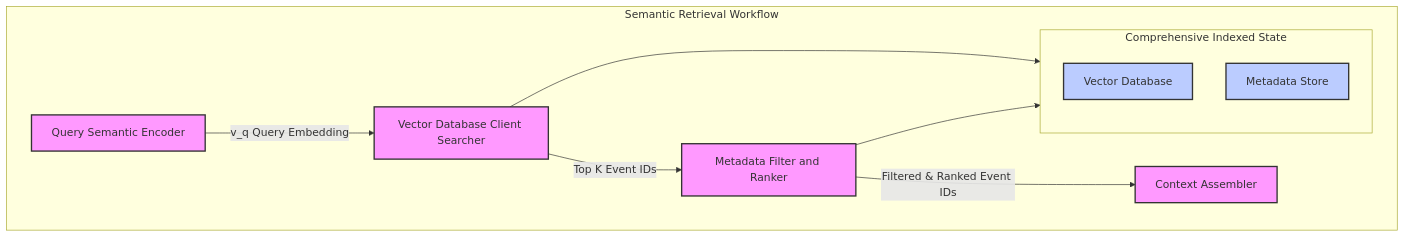
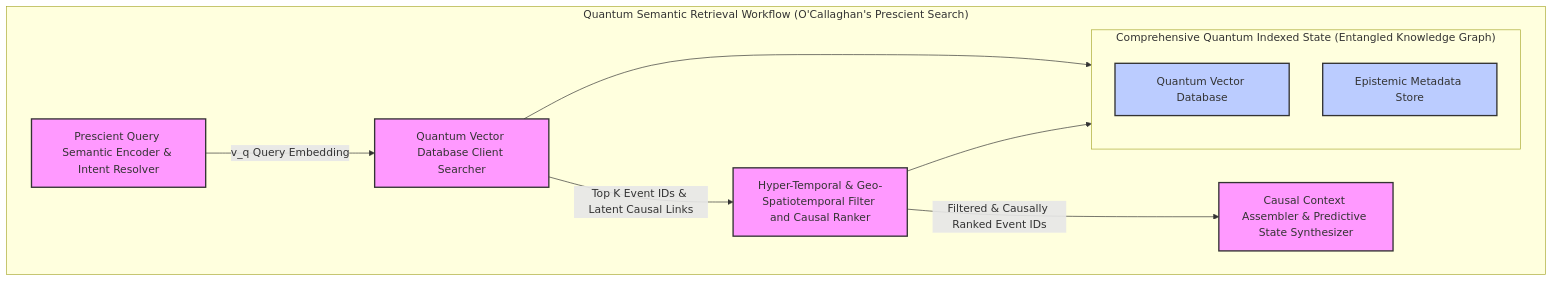
The sixth of 15 diagrams in inventions/inventions/024_ai_smart_city_monitoring.md (diplomat-bit/Citibank_Demo_Business_Inc_Demonstration-), drawn with Mermaid before and after one commit. The commit also changed other lines of this file, not shown here.

````diff
--- a/inventions/inventions/024_ai_smart_city_monitoring.md
+++ b/inventions/inventions/024_ai_smart_city_monitoring.md
@@ -337,33 +375,33 @@
 ```mermaid
 graph TD
-    subgraph "Semantic Retrieval Workflow"
+    subgraph "Quantum Semantic Retrieval Workflow (O'Callaghan's Prescient Search)"
         direction LR
-        Q_ENC[Query Semantic Encoder] -- v_q Query Embedding --> VDB_QUERY[Vector Database Client Searcher]
-        VDB_QUERY -- Top K Event IDs --> FILTER[Metadata Filter and Ranker]
+        Q_ENC[Prescient Query Semantic Encoder & Intent Resolver] -- v_q Query Embedding --> VDB_QUERY[Quantum Vector Database Client Searcher]
+        VDB_QUERY -- Top K Event IDs & Latent Causal Links --> FILTER[Hyper-Temporal & Geo-Spatiotemporal Filter and Causal Ranker]
         
-        subgraph "Comprehensive Indexed State"
+        subgraph "Comprehensive Quantum Indexed State (Entangled Knowledge Graph)"
             direction TB
-            VDB[Vector Database]
-            MDS[Metadata Store]
+            VDB[Quantum Vector Database]
+            MDS[Epistemic Metadata Store]
         end
 
         VDB_QUERY --> VDB
         FILTER --> MDS
         
-        FILTER -- Filtered & Ranked Event IDs --> CA[Context Assembler]
+        FILTER -- Filtered & Causally Ranked Event IDs --> CA[Causal Context Assembler & Predictive State Synthesizer]
 
         classDef queryInput fill:#e0e8f0,stroke:#333,stroke-width:2px;
         classDef encoder fill:#f9f,stroke:#333,stroke-width:2px;
         classDef searcher fill:#f9f,stroke:#333,stroke-width:2px;
         classDef filter fill:#f9f,stroke:#333,stroke-width:2px;
         classDef db fill:#bcf,stroke:#333,stroke-width:2px;
         classDef assembler fill:#f9f,stroke:#333,stroke-width:2px;
 
         style Q_ENC fill:#f9f,stroke:#333,stroke-width:2px;
         style VDB_QUERY fill:#f9f,stroke:#333,stroke-width:2px;
         style VDB fill:#bcf,stroke:#333,stroke-width:2px;
         style MDS fill:#bcf,stroke:#333,stroke-width:2px;
         style FILTER fill:#f9f,stroke:#333,stroke-width:2px;
         style CA fill:#f9f,stroke:#333,stroke-width:2px;
     end
 ```
````
